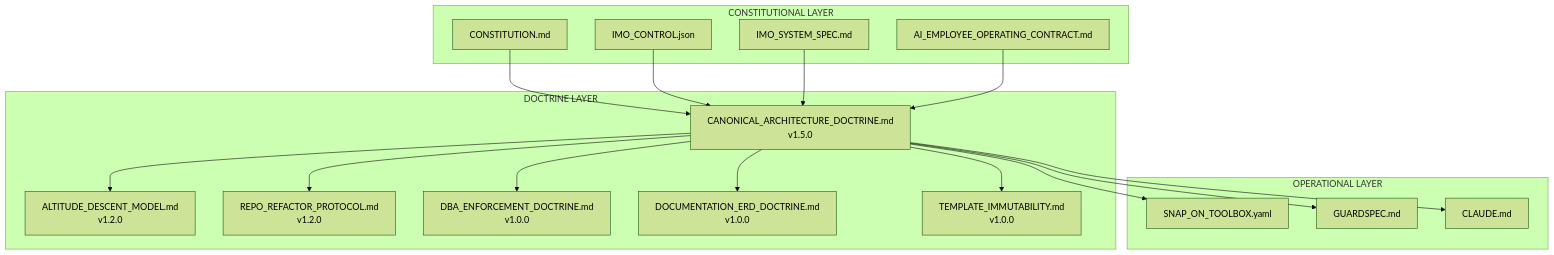
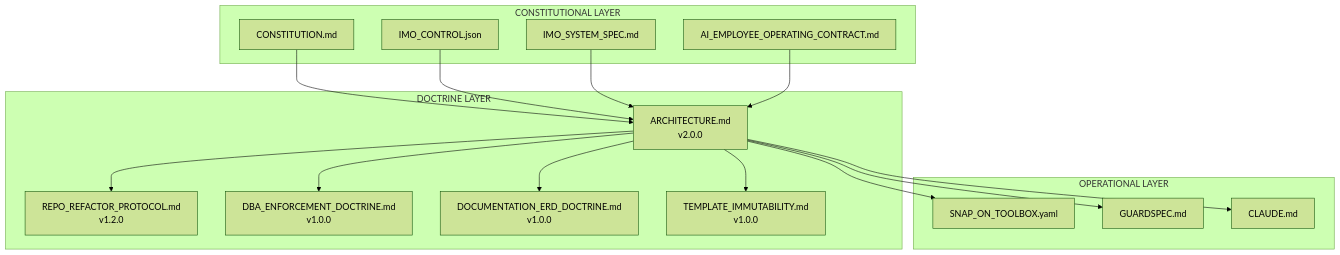
One commit to djb258/imo-creator changed the first of 6 diagrams in docs/TAS_CANONICAL_DIAGRAM.md. Above: the diagram before and after it, drawn with Mermaid (forest theme). The commit also changed 37 other files, not shown here.

First line of the commit message:
docs: Complete ARCHITECTURE.md reference migration across all files

````diff
--- a/docs/TAS_CANONICAL_DIAGRAM.md
+++ b/docs/TAS_CANONICAL_DIAGRAM.md
@@ -11,39 +11,37 @@
 ```mermaid
 graph TD
     subgraph CONSTITUTIONAL["CONSTITUTIONAL LAYER"]
         CONST[CONSTITUTION.md]
         CTRL[IMO_CONTROL.json]
         SPEC[IMO_SYSTEM_SPEC.md]
         CONTRACT[AI_EMPLOYEE_OPERATING_CONTRACT.md]
     end
 
     subgraph DOCTRINE["DOCTRINE LAYER"]
-        CAN[CANONICAL_ARCHITECTURE_DOCTRINE.md<br/>v1.5.0]
-        ALT[ALTITUDE_DESCENT_MODEL.md<br/>v1.2.0]
+        CAN[ARCHITECTURE.md<br/>v2.0.0]
         REPO[REPO_REFACTOR_PROTOCOL.md<br/>v1.2.0]
         DBA[DBA_ENFORCEMENT_DOCTRINE.md<br/>v1.0.0]
         DOC[DOCUMENTATION_ERD_DOCTRINE.md<br/>v1.0.0]
         TEMPL[TEMPLATE_IMMUTABILITY.md<br/>v1.0.0]
     end
 
     subgraph OPERATIONAL["OPERATIONAL LAYER"]
         SNAP[SNAP_ON_TOOLBOX.yaml]
         GUARD[GUARDSPEC.md]
         CLAUDE[CLAUDE.md]
     end
 
     CONST --> CAN
     CTRL --> CAN
     SPEC --> CAN
     CONTRACT --> CAN
 
-    CAN --> ALT
     CAN --> REPO
     CAN --> DBA
     CAN --> DOC
     CAN --> TEMPL
 
     CAN --> SNAP
     CAN --> GUARD
     CAN --> CLAUDE
 ```
````
